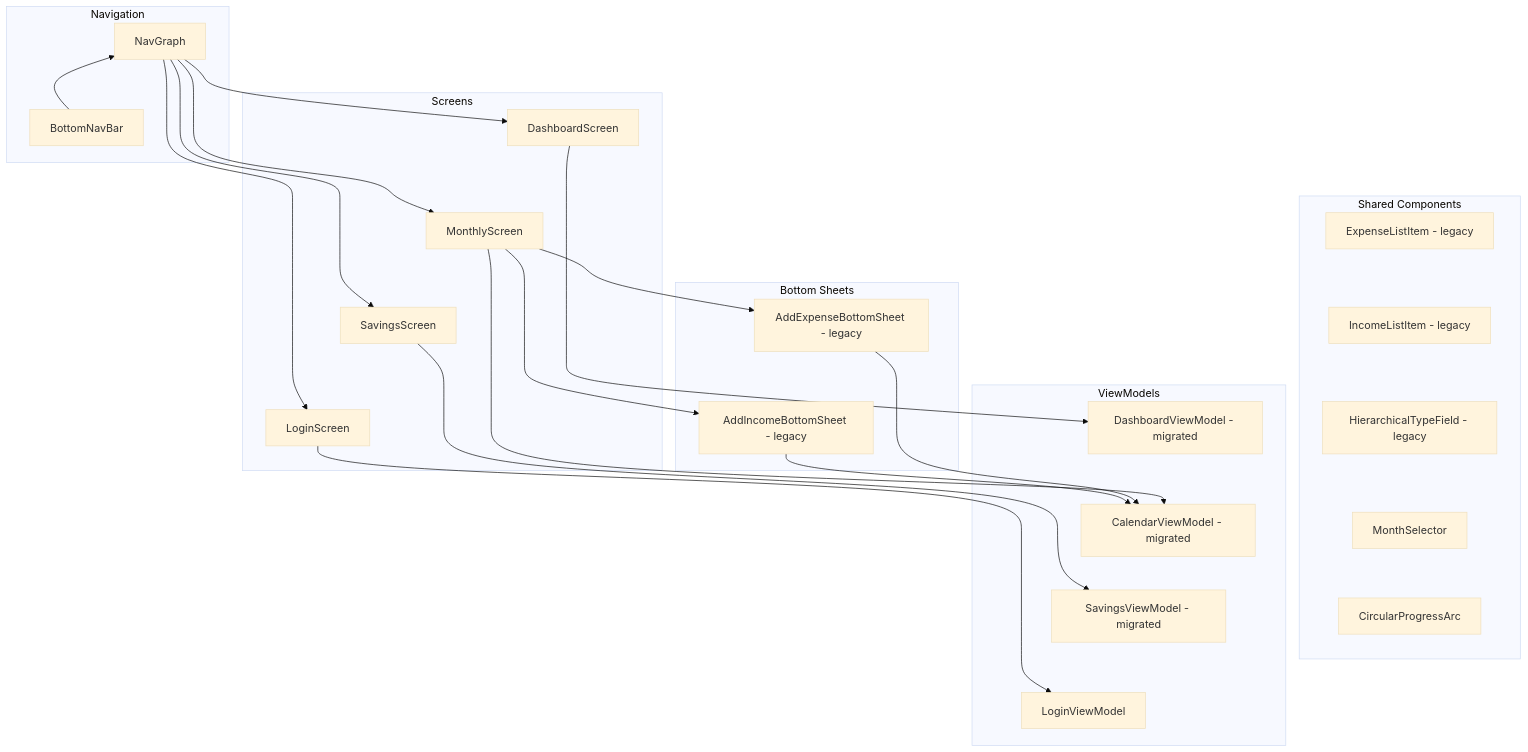
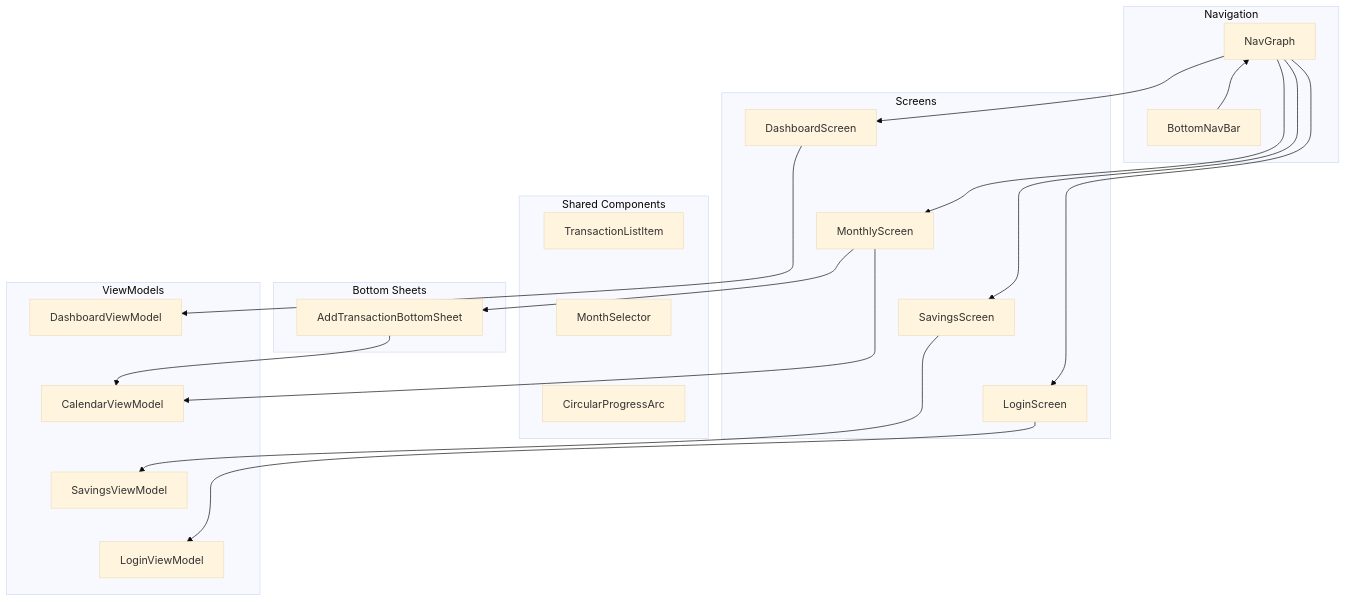
Before and after one commit to JFfarrell/financesApp: the diagram in docs/architecture/04_ui.md, drawn with Mermaid (base theme). The commit also changed other lines of this file and 72 other files, not shown here.

````diff
--- a/docs/architecture/04_ui.md
+++ b/docs/architecture/04_ui.md
@@ -5,53 +5,48 @@
 ```mermaid
 graph TD
 
     subgraph Navigation["Navigation"]
         NG["NavGraph"]
         NG ~~~ BNB["BottomNavBar"]
     end
 
     subgraph Screens["Screens"]
         DS["DashboardScreen"]
         DS ~~~ MS["MonthlyScreen"]
         MS ~~~ SS["SavingsScreen"]
         SS ~~~ LS["LoginScreen"]
     end
 
     subgraph Sheets["Bottom Sheets"]
-        AE["AddExpenseBottomSheet - legacy"]
-        AE ~~~ AI["AddIncomeBottomSheet - legacy"]
+        ATS["AddTransactionBottomSheet"]
     end
 
     subgraph Components["Shared Components"]
-        ELI["ExpenseListItem - legacy"]
-        ELI ~~~ ILI["IncomeListItem - legacy"]
-        ILI ~~~ HTF["HierarchicalTypeField - legacy"]
-        HTF ~~~ MS2["MonthSelector"]
+        TLI["TransactionListItem"]
+        TLI ~~~ MS2["MonthSelector"]
         MS2 ~~~ CPA["CircularProgressArc"]
     end
 
     subgraph ViewModels["ViewModels"]
-        DVM["DashboardViewModel - migrated"]
-        DVM ~~~ CVM["CalendarViewModel - migrated"]
-        CVM ~~~ SVM["SavingsViewModel - migrated"]
+        DVM["DashboardViewModel"]
+        DVM ~~~ CVM["CalendarViewModel"]
+        CVM ~~~ SVM["SavingsViewModel"]
         SVM ~~~ LVM["LoginViewModel"]
     end
 
     BNB --> NG
     NG --> DS
     NG --> MS
     NG --> SS
     NG --> LS
 
     DS --> DVM
     MS --> CVM
     SS --> SVM
     LS --> LVM
 
-    MS --> AE
-    MS --> AI
-    AE --> CVM
-    AI --> CVM
+    MS --> ATS
+    ATS --> CVM
 
-    DS ~~~ ELI
+    DS ~~~ TLI
 ```
````
